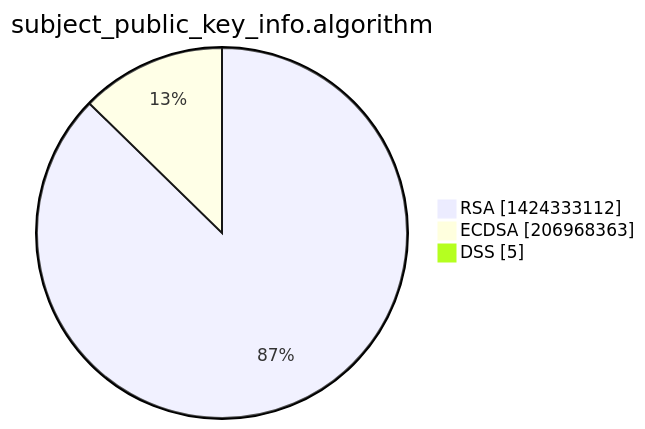
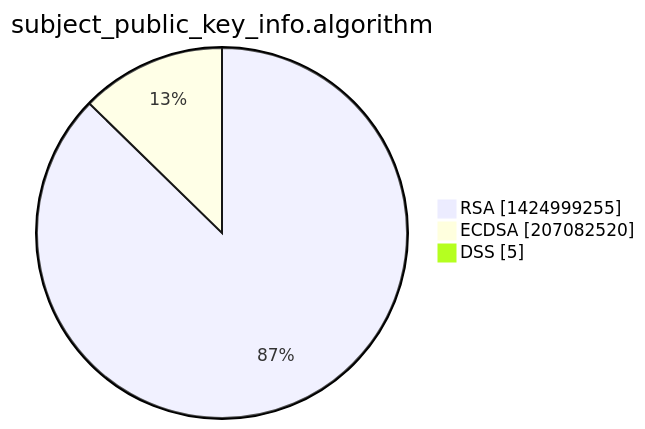
The third of 15 diagrams in xenon2022/README.md (christiankrug/ctmonitor_visualization), drawn with Mermaid before and after one commit. The commit also changed other lines of this file, not shown here.

````diff
--- a/xenon2022/README.md
+++ b/xenon2022/README.md
@@ -14,7 +14,7 @@
 ```mermaid
 pie showData
 title subject_public_key_info.algorithm
-"RSA" :1424333112
-"ECDSA" :206968363
+"RSA" :1424999255
+"ECDSA" :207082520
 "DSS" :5
 ```
````
